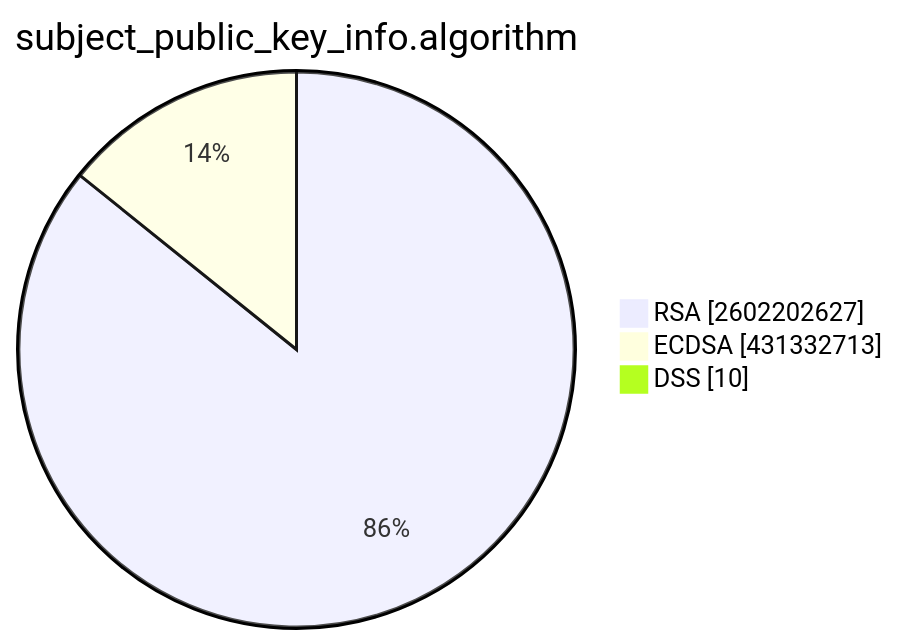
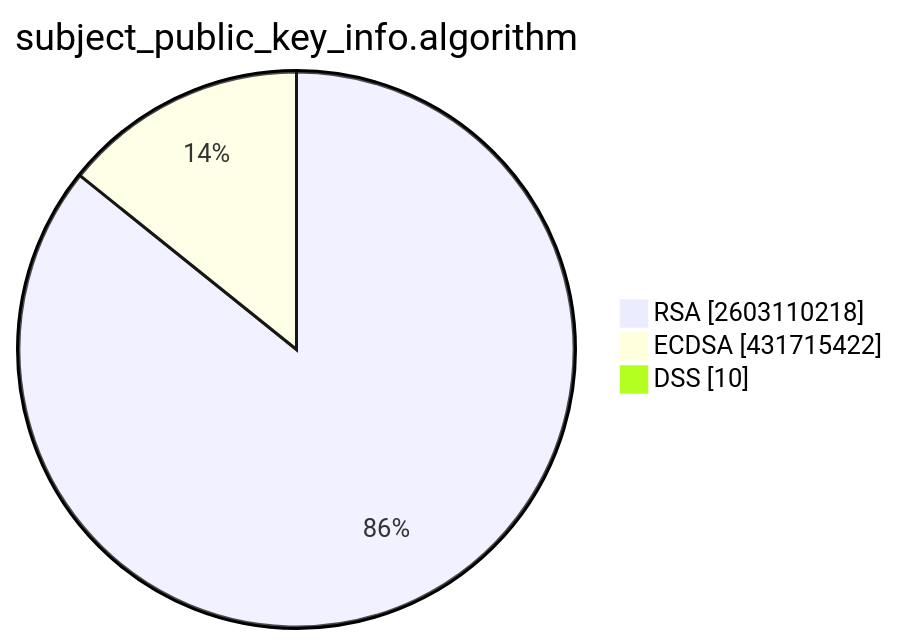
The second of 15 diagrams in TOTAL/README.md (christiankrug/ctmonitor_visualization), drawn with Mermaid before and after one commit. The commit also changed other lines of this file, not shown here.

````diff
--- a/TOTAL/README.md
+++ b/TOTAL/README.md
@@ -6,7 +6,7 @@
 ```mermaid
 pie showData
 title subject_public_key_info.algorithm
-"RSA" :2602202627
-"ECDSA" :431332713
+"RSA" :2603110218
+"ECDSA" :431715422
 "DSS" :10
 ```
````
